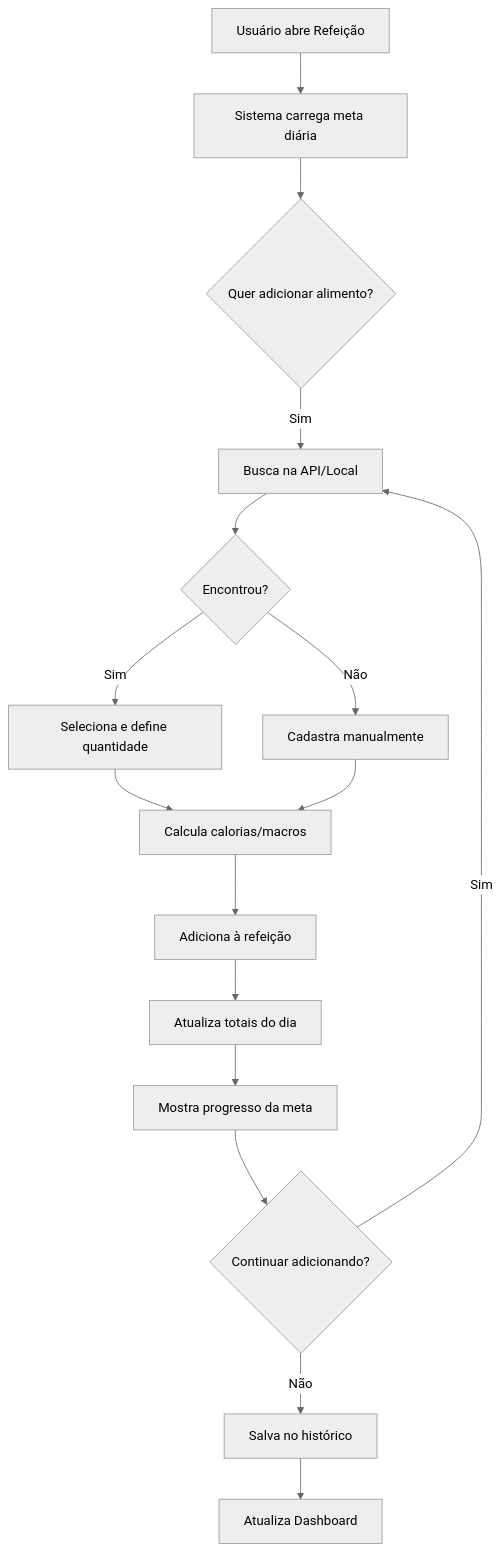
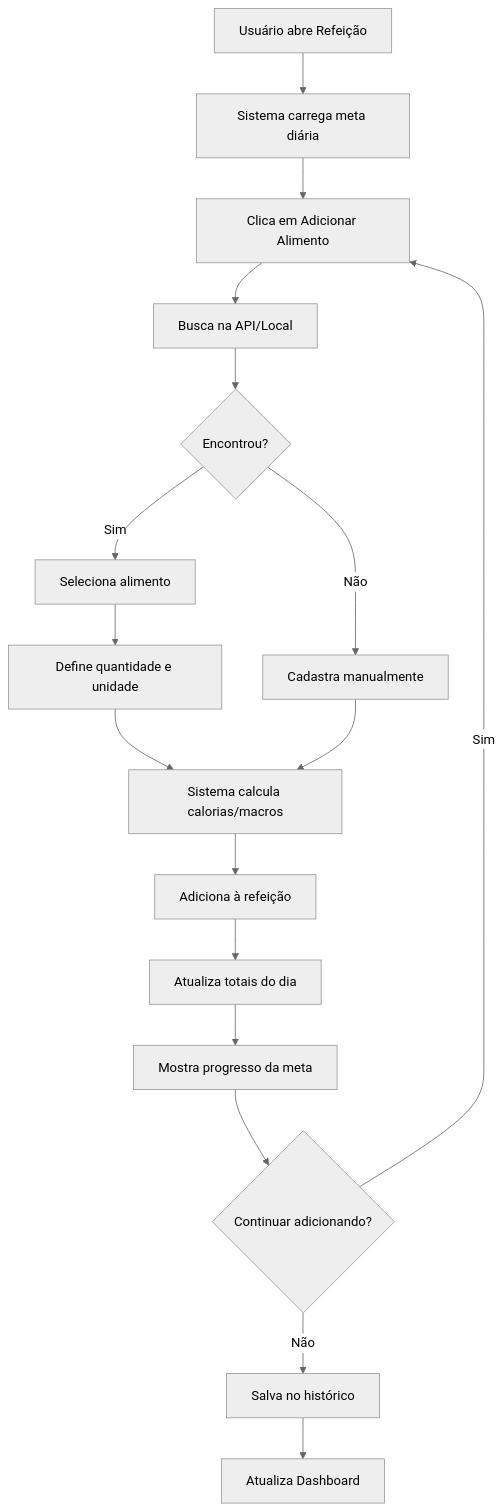
One commit to MrJCRJ/Lifestyle changed the second of 5 diagrams in ESTRATEGIA_MELHORIAS_SAUDE.md. Above: the diagram before and after it, drawn with Mermaid (neutral theme). The commit also changed other lines of this file, not shown here.

First line of the commit message:
📝 Melhora estratégia de alimentação com sistema de receitas

````diff
--- a/ESTRATEGIA_MELHORIAS_SAUDE.md
+++ b/ESTRATEGIA_MELHORIAS_SAUDE.md
@@ -215,18 +520,19 @@
 ```mermaid
 graph TD
     A[Usuário abre Refeição] --> B[Sistema carrega meta diária]
-    B --> C{Quer adicionar alimento?}
-    C -->|Sim| D[Busca na API/Local]
+    B --> C[Clica em Adicionar Alimento]
+    C --> D[Busca na API/Local]
     D --> E{Encontrou?}
-    E -->|Sim| F[Seleciona e define quantidade]
-    E -->|Não| G[Cadastra manualmente]
-    F --> H[Calcula calorias/macros]
-    G --> H
-    H --> I[Adiciona à refeição]
-    I --> J[Atualiza totais do dia]
-    J --> K[Mostra progresso da meta]
-    K --> L{Continuar adicionando?}
-    L -->|Sim| D
-    L -->|Não| M[Salva no histórico]
-    M --> N[Atualiza Dashboard]
+    E -->|Sim| F[Seleciona alimento]
+    F --> G[Define quantidade e unidade]
+    G --> H[Sistema calcula calorias/macros]
+    E -->|Não| I[Cadastra manualmente]
+    I --> H
+    H --> J[Adiciona à refeição]
+    J --> K[Atualiza totais do dia]
+    K --> L[Mostra progresso da meta]
+    L --> M{Continuar adicionando?}
+    M -->|Sim| C
+    M -->|Não| N[Salva no histórico]
+    N --> O[Atualiza Dashboard]
 ```
````
